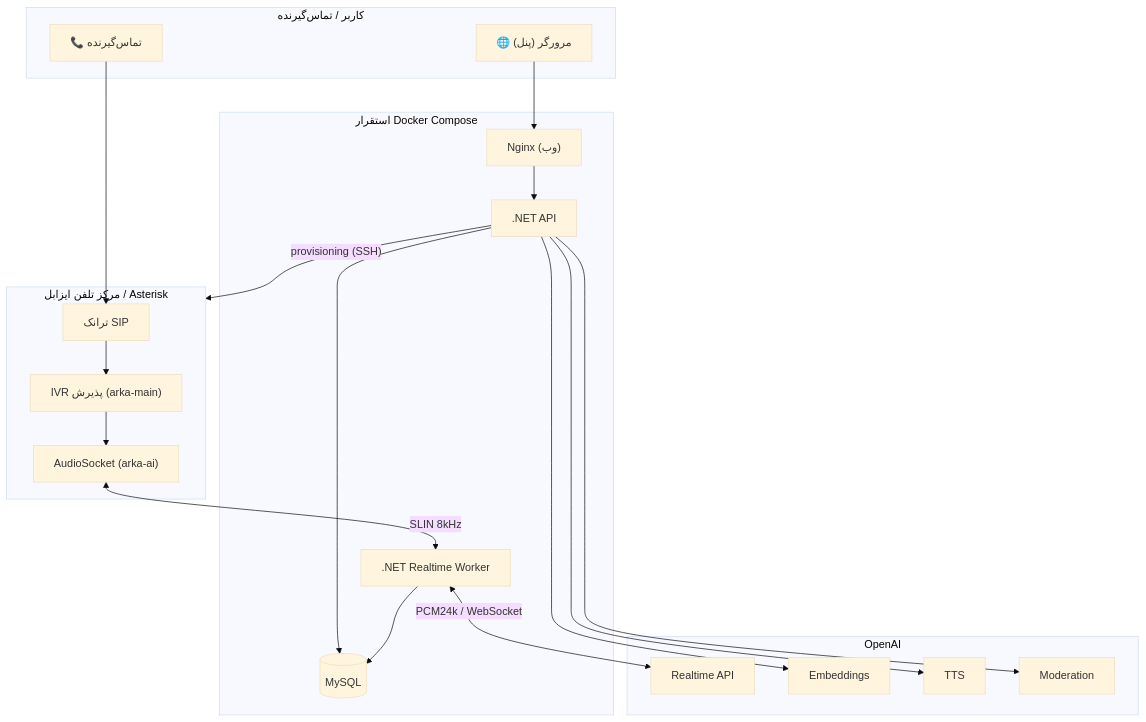
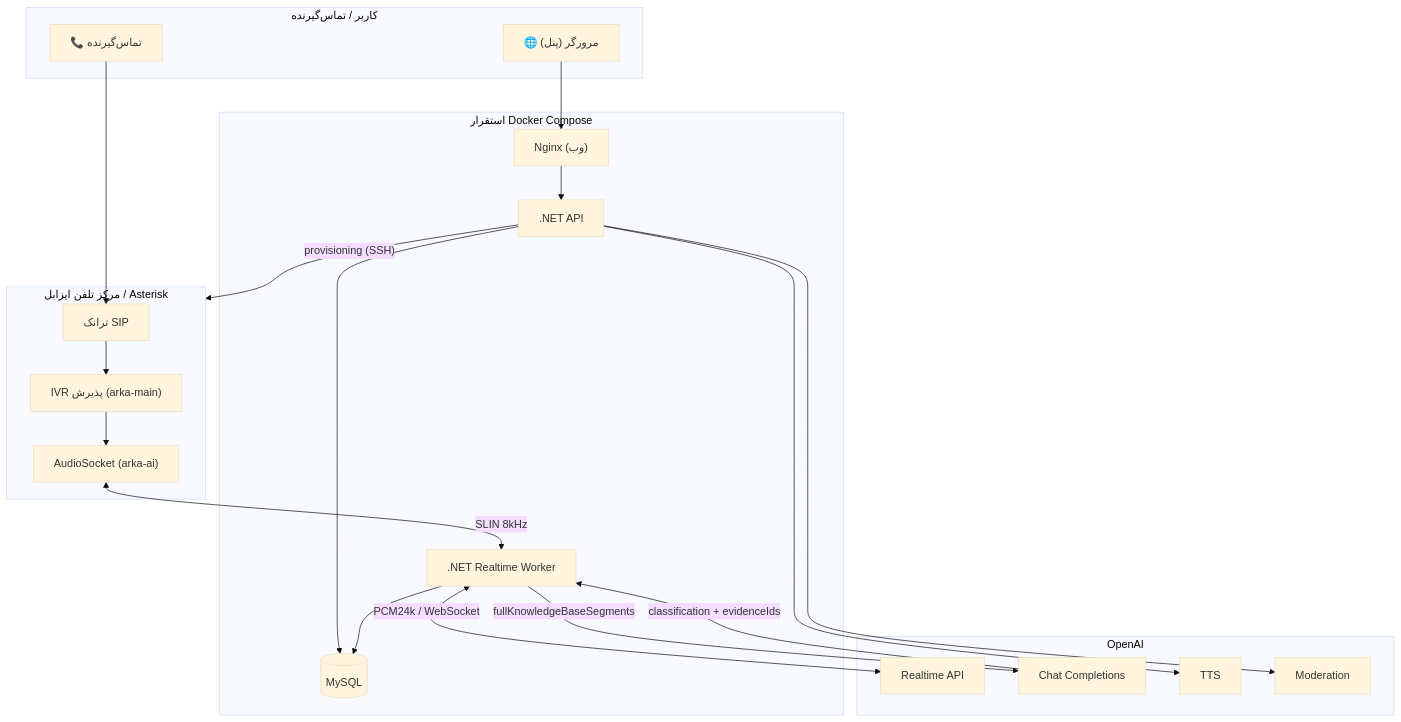
One commit to mohamadkheiry/ArkaCallCenterDemo changed the diagram in docs/01-architecture.md. Above: the diagram before and after it, drawn with Mermaid (base theme). The commit also changed other lines of this file and 8 other files, not shown here.

````diff
--- a/docs/01-architecture.md
+++ b/docs/01-architecture.md
@@ -23,38 +23,39 @@
 ```mermaid
 flowchart TB
     subgraph Client["کاربر / تماس‌گیرنده"]
         Caller["📞 تماس‌گیرنده"]
         Browser["🌐 مرورگر (پنل)"]
     end
 
     subgraph PBX["مرکز تلفن ایزابل / Asterisk"]
         Trunk["ترانک SIP"]
         IVR["IVR پذیرش (arka-main)"]
         AS["AudioSocket (arka-ai)"]
     end
 
     subgraph Docker["استقرار Docker Compose"]
         Nginx["Nginx (وب)"]
         API[".NET API"]
         RT[".NET Realtime Worker"]
         DB[("MySQL")]
     end
 
     subgraph OpenAI["OpenAI"]
         RTApi["Realtime API"]
-        Emb["Embeddings"]
+        Chat["Chat Completions"]
         TTS["TTS"]
         Mod["Moderation"]
     end
 
     Caller --> Trunk --> IVR --> AS
     AS <-->|"SLIN 8kHz"| RT
     RT <-->|"PCM24k / WebSocket"| RTApi
     Browser --> Nginx --> API
     API --> DB
     RT --> DB
-    API --> Emb
+    RT -->|"fullKnowledgeBaseSegments"| Chat
+    Chat -->|"classification + evidenceIds"| RT
     API --> TTS
     API --> Mod
     API -->|"provisioning (SSH)"| PBX
 ```
````
